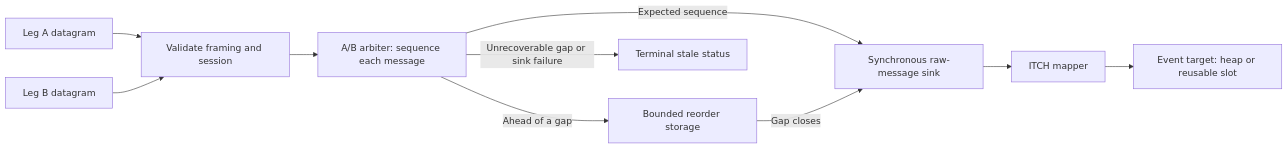
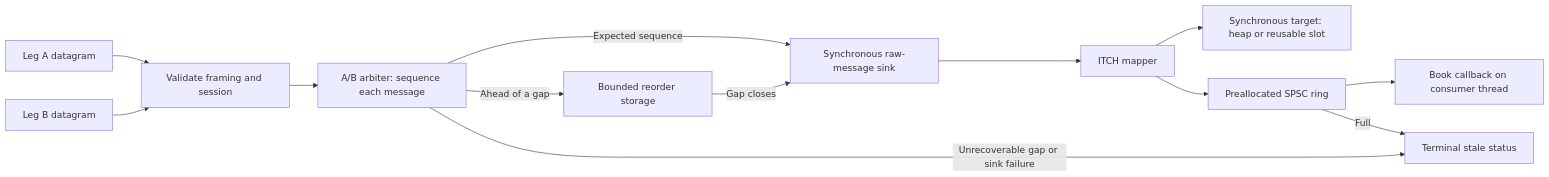
The diagram in nasdaq-feed/README.md (alchevrier/java-feed-handler), drawn with Mermaid before and after one commit. The commit also changed other lines of this file and 7 other files, not shown here.

Commit message:
Add bounded ITCH mapper-to-book handoff

````diff
--- a/nasdaq-feed/README.md
+++ b/nasdaq-feed/README.md
@@ -8,12 +8,15 @@
 ```mermaid
 flowchart LR
     A["Leg A datagram"] --> Frame["Validate framing and session"]
     B["Leg B datagram"] --> Frame
     Frame --> Arbiter["A/B arbiter: sequence each message"]
     Arbiter -->|Expected sequence| Sink["Synchronous raw-message sink"]
     Arbiter -->|Ahead of a gap| Pending["Bounded reorder storage"]
     Pending -->|Gap closes| Sink
     Sink --> Mapper["ITCH mapper"]
-    Mapper --> Target["Event target: heap or reusable slot"]
+    Mapper --> Target["Synchronous target: heap or reusable slot"]
+    Mapper --> Ring["Preallocated SPSC ring"]
+    Ring --> Book["Book callback on consumer thread"]
+    Ring -->|Full| Stale
     Arbiter -->|Unrecoverable gap or sink failure| Stale["Terminal stale status"]
 ```
````
